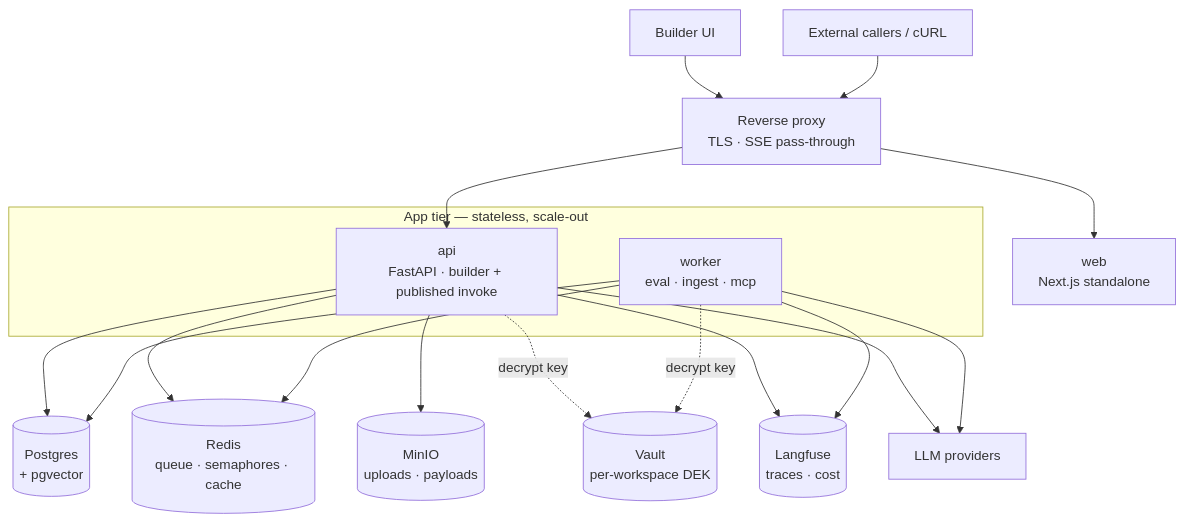
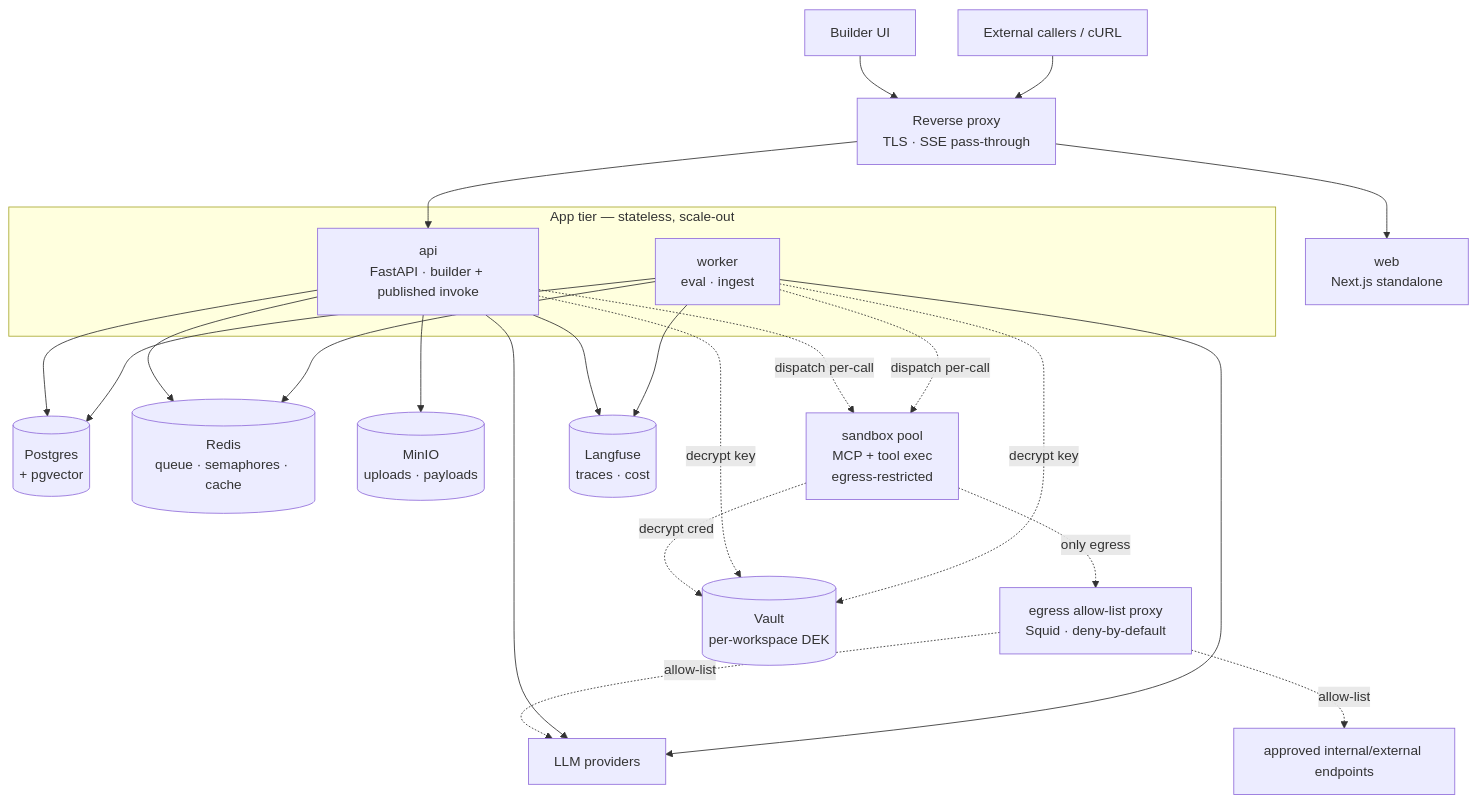
One commit to gargraman/agent-catalyst changed the first of 2 diagrams in docs/backend/11-deployment.md. Above: the diagram before and after it, drawn with Mermaid. The commit also changed other lines of this file and 43 other files, not shown here.

First line of the commit message:
feat(tools,evals): MCP/tools flows + eval-gate fixes; backend design closeout

````diff
--- a/docs/backend/11-deployment.md
+++ b/docs/backend/11-deployment.md
@@ -17,22 +17,28 @@
 ```mermaid
 flowchart TB
   U[Builder UI] --> PROXY[Reverse proxy<br/>TLS · SSE pass-through]
   EXT[External callers / cURL] --> PROXY
   PROXY --> WEB[web<br/>Next.js standalone]
   PROXY --> API[api<br/>FastAPI · builder + published invoke]
   subgraph App[App tier — stateless, scale-out]
     API
-    WRK[worker<br/>eval · ingest · mcp]
+    WRK[worker<br/>eval · ingest]
   end
   API --> PG[(Postgres<br/>+ pgvector)]
   API --> REDIS[(Redis<br/>queue · semaphores · cache)]
   API --> MINIO[(MinIO<br/>uploads · payloads)]
   WRK --> PG
   WRK --> REDIS
+  API -. dispatch per-call .-> SBX[sandbox pool<br/>MCP + tool exec<br/>egress-restricted]
+  WRK -. dispatch per-call .-> SBX
+  SBX -. only egress .-> EGRESS[egress allow-list proxy<br/>Squid · deny-by-default]
+  SBX -. decrypt cred .-> VAULT
+  EGRESS -. allow-list .-> PROV
+  EGRESS -. allow-list .-> INT[approved internal/external endpoints]
   API -. decrypt key .-> VAULT[(Vault<br/>per-workspace DEK)]
   WRK -. decrypt key .-> VAULT
   API --> LF[(Langfuse<br/>traces · cost)]
   WRK --> LF
   API --> PROV[LLM providers]
   WRK --> PROV
 ```
````
